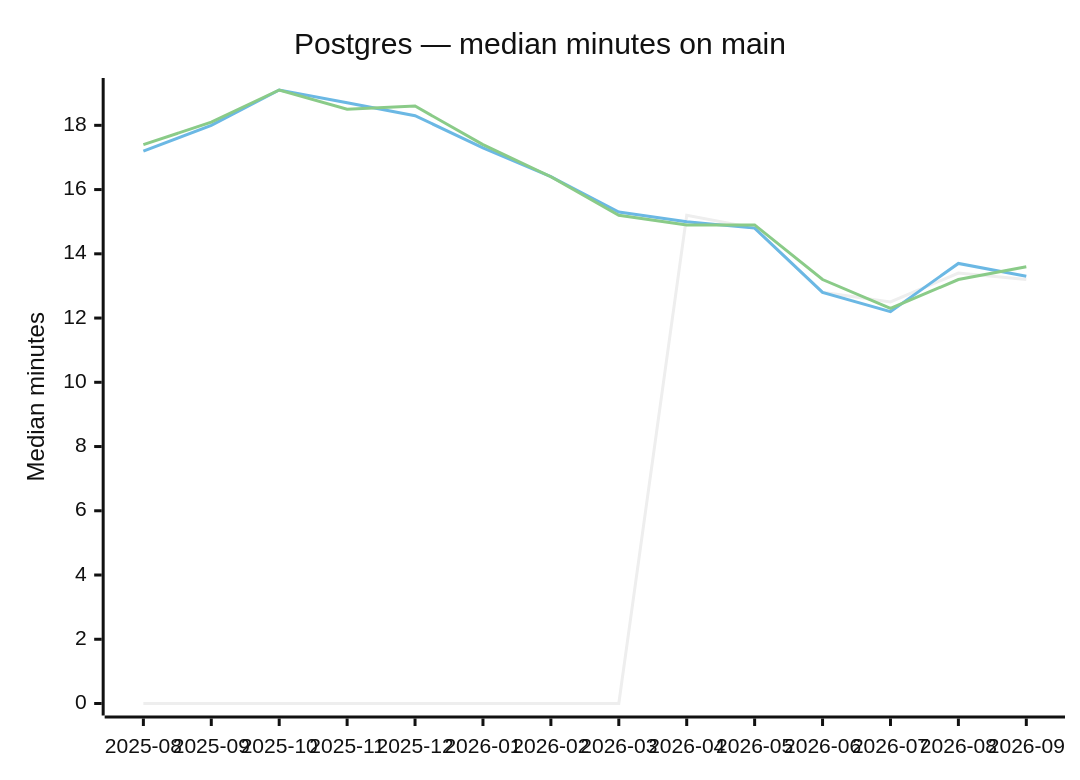
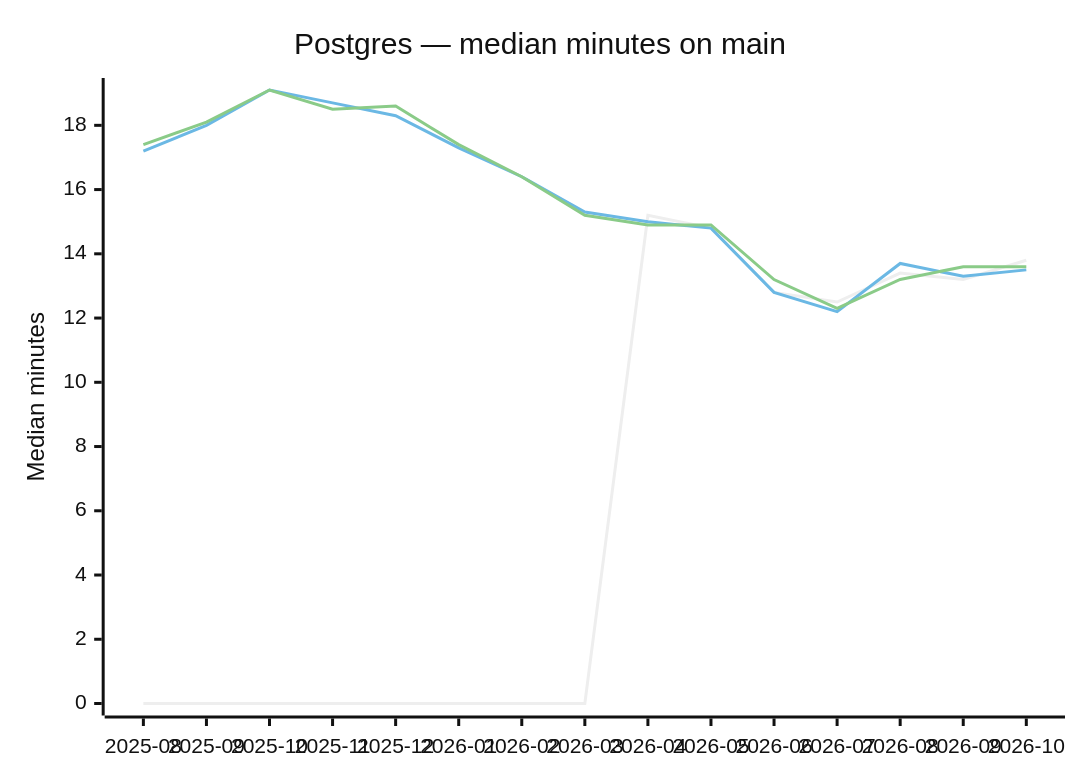
Before and after one commit to cloudfoundry/cloud_controller_ng: the second of 2 diagrams in README.md, drawn with Mermaid (neutral theme). The commit also changed other lines of this file and 1 other file, not shown here.

````diff
--- a/README.md
+++ b/README.md
@@ -25,9 +25,9 @@
 ```mermaid
 xychart-beta
     title "Postgres — median minutes on main"
-    x-axis ["2025-08", "2025-09", "2025-10", "2025-11", "2025-12", "2026-01", "2026-02", "2026-03", "2026-04", "2026-05", "2026-06", "2026-07", "2026-08", "2026-09"]
+    x-axis ["2025-08", "2025-09", "2025-10", "2025-11", "2025-12", "2026-01", "2026-02", "2026-03", "2026-04", "2026-05", "2026-06", "2026-07", "2026-08", "2026-09", "2026-10"]
     y-axis "Median minutes"
-    line "postgres:14" [0, 0, 0, 0, 0, 0, 0, 0, 15.2, 14.8, 12.8, 12.5, 13.4, 13.2]
-    line "postgres:15" [17.2, 18.0, 19.1, 18.7, 18.3, 17.3, 16.4, 15.3, 15.0, 14.8, 12.8, 12.2, 13.7, 13.3]
-    line "postgres:17" [17.4, 18.1, 19.1, 18.5, 18.6, 17.4, 16.4, 15.2, 14.9, 14.9, 13.2, 12.3, 13.2, 13.6]
+    line "postgres:14" [0, 0, 0, 0, 0, 0, 0, 0, 15.2, 14.8, 12.8, 12.5, 13.4, 13.2, 13.8]
+    line "postgres:15" [17.2, 18.0, 19.1, 18.7, 18.3, 17.3, 16.4, 15.3, 15.0, 14.8, 12.8, 12.2, 13.7, 13.3, 13.5]
+    line "postgres:17" [17.4, 18.1, 19.1, 18.5, 18.6, 17.4, 16.4, 15.2, 14.9, 14.9, 13.2, 12.3, 13.2, 13.6, 13.6]
 ```
````
